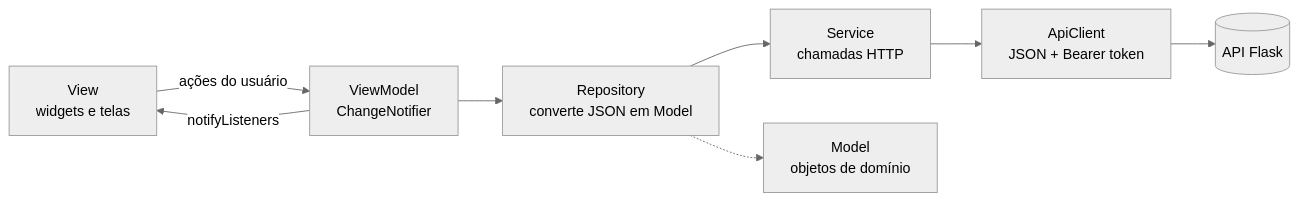
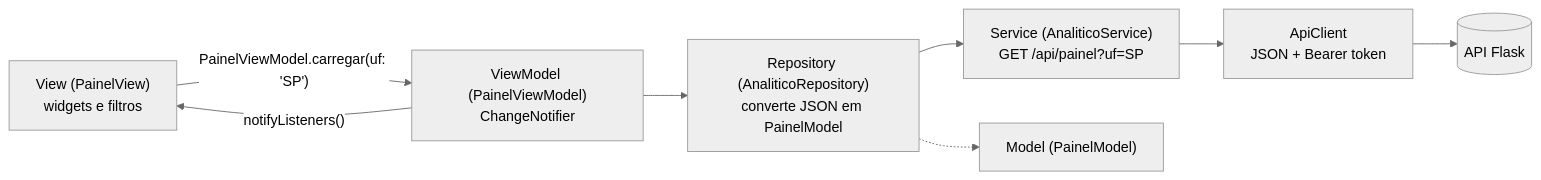
One commit to luizaleblanc/intuitive_care changed the third of 3 diagrams in README.md. Above: the diagram before and after it, drawn with Mermaid (neutral theme). The commit also changed other lines of this file, not shown here.

````diff
--- a/README.md
+++ b/README.md
@@ -46,10 +140,10 @@
 ```mermaid
 flowchart LR
-    V[View<br/>widgets e telas] -->|ações do usuário| VM[ViewModel<br/>ChangeNotifier]
-    VM -->|notifyListeners| V
-    VM --> R[Repository<br/>converte JSON em Model]
-    R --> S[Service<br/>chamadas HTTP]
-    S --> C[ApiClient<br/>JSON + Bearer token]
-    C --> API[(API Flask)]
-    R -.-> M[Model<br/>objetos de domínio]
+    V["View (PainelView)<br/>widgets e filtros"] -->|"PainelViewModel.carregar(uf: 'SP')"| VM["ViewModel (PainelViewModel)<br/>ChangeNotifier"]
+    VM -->|"notifyListeners()"| V
+    VM --> R["Repository (AnaliticoRepository)<br/>converte JSON em PainelModel"]
+    R --> S["Service (AnaliticoService)<br/>GET /api/painel?uf=SP"]
+    S --> C["ApiClient<br/>JSON + Bearer token"]
+    C --> API[("API Flask")]
+    R -.-> M["Model (PainelModel)"]
 ```
````
